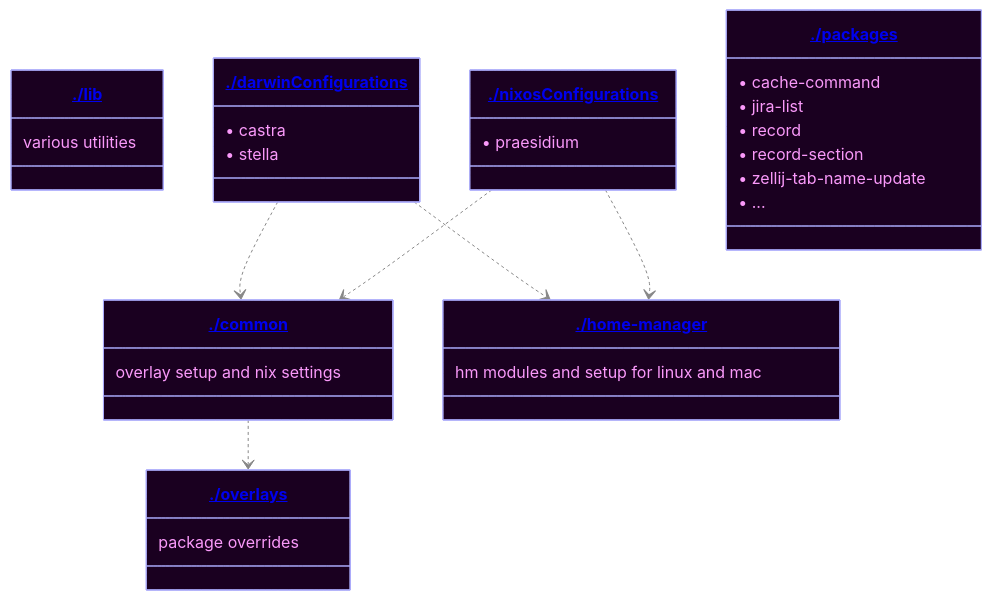
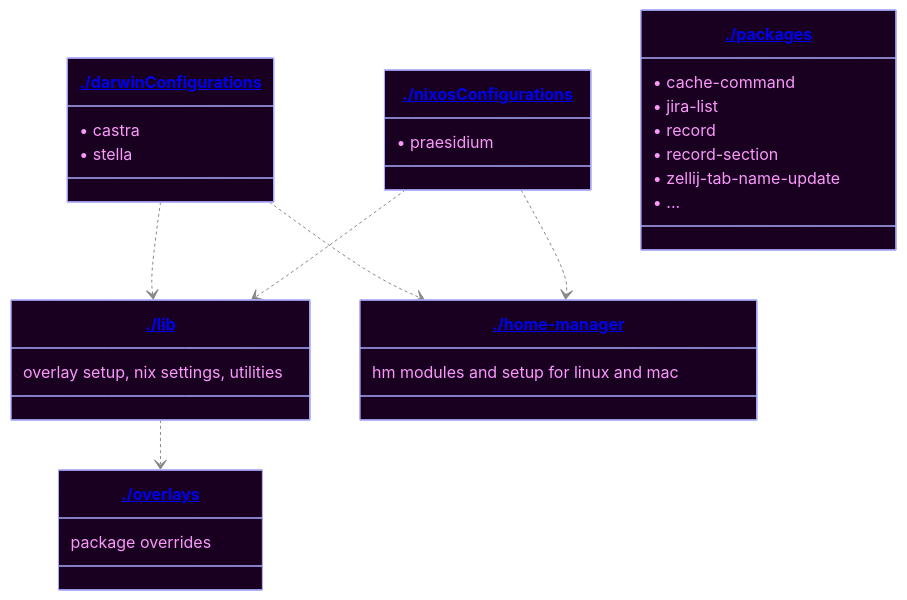
The diagram in README.md (xav-ie/dots), drawn with Mermaid before and after one commit. The commit also changed 3 other files, not shown here.

Commit message:
refactor(project layout): move `./common` into `./lib`

````diff
--- a/README.md
+++ b/README.md
@@ -10,41 +10,39 @@
 ```mermaid
 ---
 config:
   theme: base
   themeVariables:
     primaryColor: "#1a0020"
     primaryTextColor: "#fa99fa"
     primaryBorderColor: "#aaaafa"
     lineColor: "#888"
     fontFamily: "monospace"
 ---
 classDiagram
     %% Unfortunately, we cannot use relative links and must specify a branch :/
     class lib["<a href='https://github.com/xav-ie/dots/tree/main/lib'>./lib</a>"]
-    class common["<a href='https://github.com/xav-ie/dots/tree/main/common'>./common</a>"]
     class darwinConfigurations["<a href='https://github.com/xav-ie/dots/tree/main/darwinConfigurations'>./darwinConfigurations</a>"]
     class home-manager["<a href='https://github.com/xav-ie/dots/tree/main/home-manager'>./home-manager</a>"]
     class nixosConfigurations["<a href='https://github.com/xav-ie/dots/tree/main/nixosConfigurations'>./nixosConfigurations</a>"]
     class overlays["<a href='https://github.com/xav-ie/dots/tree/main/overlays'>./overlays</a>"]
     class packages["<a href='https://github.com/xav-ie/dots/tree/main/packages'>./packages</a>"]
 
-    lib: various utilities
-    common: overlay setup and nix settings
+    lib: overlay setup, nix settings, utilities
     darwinConfigurations: • castra
     darwinConfigurations: • stella
     home-manager: hm modules and setup for linux and mac
     nixosConfigurations: • praesidium
     overlays: package overrides
     packages: • cache-command
     packages: • jira-list
     packages: • record
     packages: • record-section
     packages: • zellij-tab-name-update
     packages: • ...
 
-    common ..> overlays
-    darwinConfigurations ..> common
+    lib ..> overlays
+    darwinConfigurations ..> lib
     darwinConfigurations ..> home-manager
-    nixosConfigurations ..> common
+    nixosConfigurations ..> lib
     nixosConfigurations ..> home-manager
 ```
````
